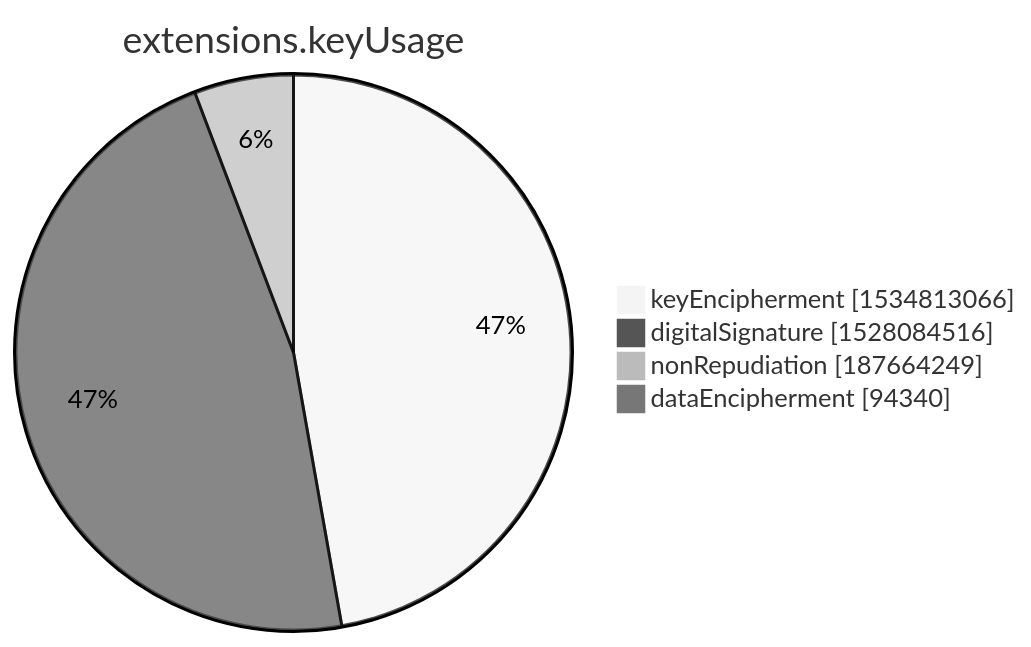
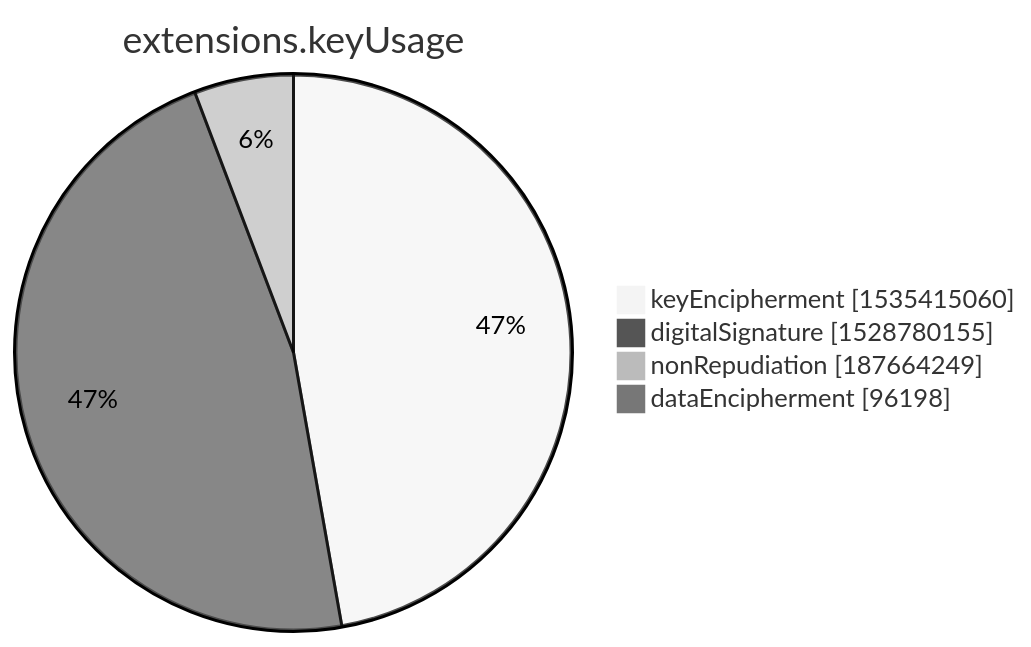
The seventh of 15 diagrams in xenon2022/README.md (christiankrug/ctmonitor_visualization), drawn with Mermaid (neutral theme) before and after one commit. The commit also changed other lines of this file, not shown here.

````diff
--- a/xenon2022/README.md
+++ b/xenon2022/README.md
@@ -2849,8 +2849,8 @@
 ```mermaid
 pie showData
 title extensions.keyUsage
-"keyEncipherment" :1534813066
-"digitalSignature" :1528084516
+"keyEncipherment" :1535415060
+"digitalSignature" :1528780155
 "nonRepudiation" :187664249
-"dataEncipherment" :94340
+"dataEncipherment" :96198
 ```
````
